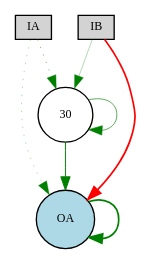
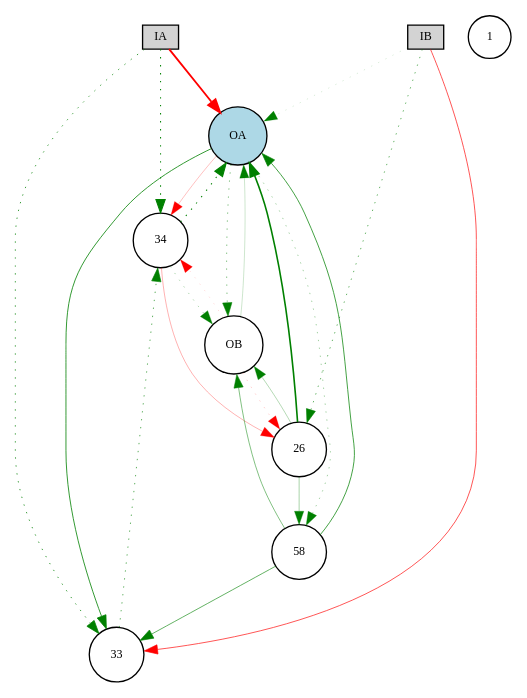
The diagram in source/cont_exp/Digraph.gv (danxan/neuromorphic-evolution), drawn with Graphviz before and after one commit. The commit also changed 6 other files, not shown here.

```diff
--- a/source/cont_exp/Digraph.gv
+++ b/source/cont_exp/Digraph.gv
@@ -1,14 +1,34 @@
 digraph {
 	node [fontsize=9 height=0.2 shape=circle width=0.2]
 	IA [fillcolor=lightgray shape=box style=filled]
 	IB [fillcolor=lightgray shape=box style=filled]
 	OA [fillcolor=lightblue style=filled]
-	30 [fillcolor=white style=filled]
-	IA -> 30 [color=green penwidth=0.35299620419858013 style=dotted]
-	IB -> 30 [color=green penwidth=0.22984475803696972 style=solid]
-	30 -> OA [color=green penwidth=0.723917304299215 style=solid]
-	IA -> OA [color=green penwidth=0.2363894910044272 style=dotted]
-	IB -> OA [color=red penwidth=1.27818354123499 style=solid]
-	OA -> OA [color=green penwidth=1.265854830248592 style=solid]
-	30 -> 30 [color=green penwidth=0.47887947397714625 style=solid]
+	1 [fillcolor=white style=filled]
+	34 [fillcolor=white style=filled]
+	33 [fillcolor=white style=filled]
+	58 [fillcolor=white style=filled]
+	26 [fillcolor=white style=filled]
+	OB -> OA [color=green penwidth=0.14747611348819137 style=solid]
+	IA -> OA [color=red penwidth=1.4094433020505721 style=solid]
+	IB -> OA [color=green penwidth=0.11625258866135564 style=dotted]
+	OA -> OB [color=green penwidth=0.381399601417716 style=dotted]
+	OB -> 26 [color=red penwidth=0.15746981225151419 style=dotted]
+	26 -> OB [color=green penwidth=0.2215534433073294 style=solid]
+	IB -> 26 [color=green penwidth=0.456042996195964 style=dotted]
+	IB -> 33 [color=red penwidth=0.5028575959132089 style=solid]
+	IA -> 33 [color=green penwidth=0.5820066177938242 style=dotted]
+	34 -> OA [color=green penwidth=0.8001845956107069 style=dotted]
+	IA -> 34 [color=green penwidth=0.7788661209993756 style=dotted]
+	OA -> 33 [color=green penwidth=0.595072803561986 style=solid]
+	26 -> OA [color=green penwidth=1.2197787527191528 style=solid]
+	33 -> 34 [color=green penwidth=0.47918237285353527 style=dotted]
+	34 -> OB [color=green penwidth=0.24768282313362552 style=dotted]
+	OB -> 34 [color=red penwidth=0.10788765641700032 style=dotted]
+	OA -> 34 [color=red penwidth=0.18673697840821166 style=solid]
+	OA -> 58 [color=green penwidth=0.2763259697649757 style=dotted]
+	58 -> OB [color=green penwidth=0.3744321067880184 style=solid]
+	34 -> 26 [color=red penwidth=0.22836760594683186 style=solid]
+	26 -> 58 [color=green penwidth=0.25507200874723407 style=solid]
+	58 -> OA [color=green penwidth=0.5529727961482258 style=solid]
+	58 -> 33 [color=green penwidth=0.4576823724414959 style=solid]
 }
```
